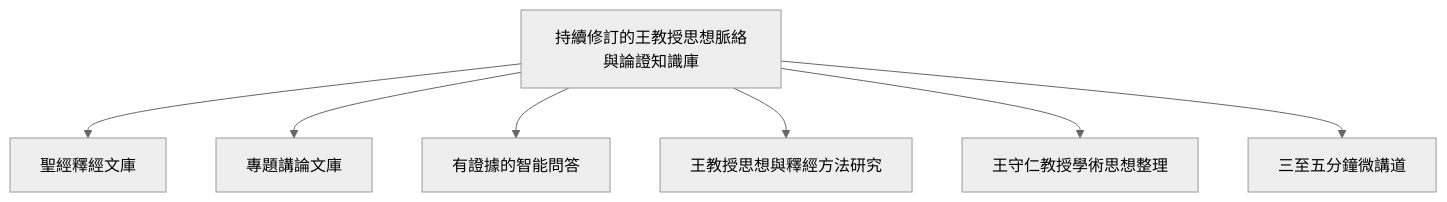
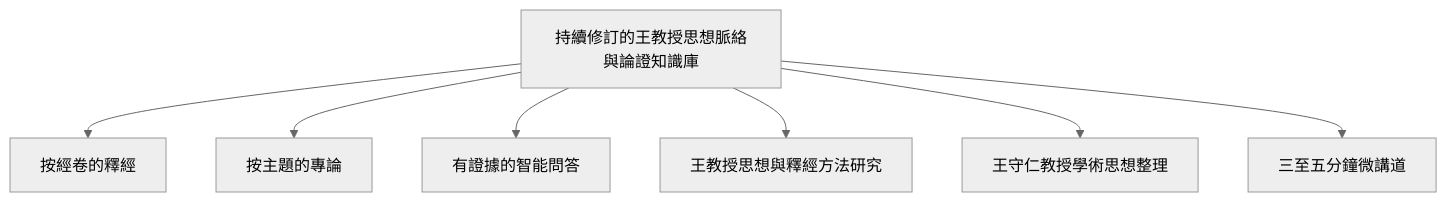
The fourth of 4 diagrams in docs/wang-knowledge-platform/00-overview/project_mission_statement.md (junyang168/smart-answer), drawn with Mermaid (neutral theme) before and after one commit. The commit also changed other lines of this file, not shown here.

````diff
--- a/docs/wang-knowledge-platform/00-overview/project_mission_statement.md
+++ b/docs/wang-knowledge-platform/00-overview/project_mission_statement.md
@@ -243,9 +243,9 @@
 ```mermaid
 flowchart TD
-    A["持續修訂的王教授思想脈絡與論證知識庫"] --> B["聖經釋經文庫"]
-    A --> C["專題講論文庫"]
+    A["持續修訂的王教授思想脈絡與論證知識庫"] --> B["按經卷的釋經"]
+    A --> C["按主題的專論"]
     A --> D["有證據的智能問答"]
     A --> E["王教授思想與釋經方法研究"]
     A --> F["王守仁教授學術思想整理"]
     A --> G["三至五分鐘微講道"]
 ```
````
